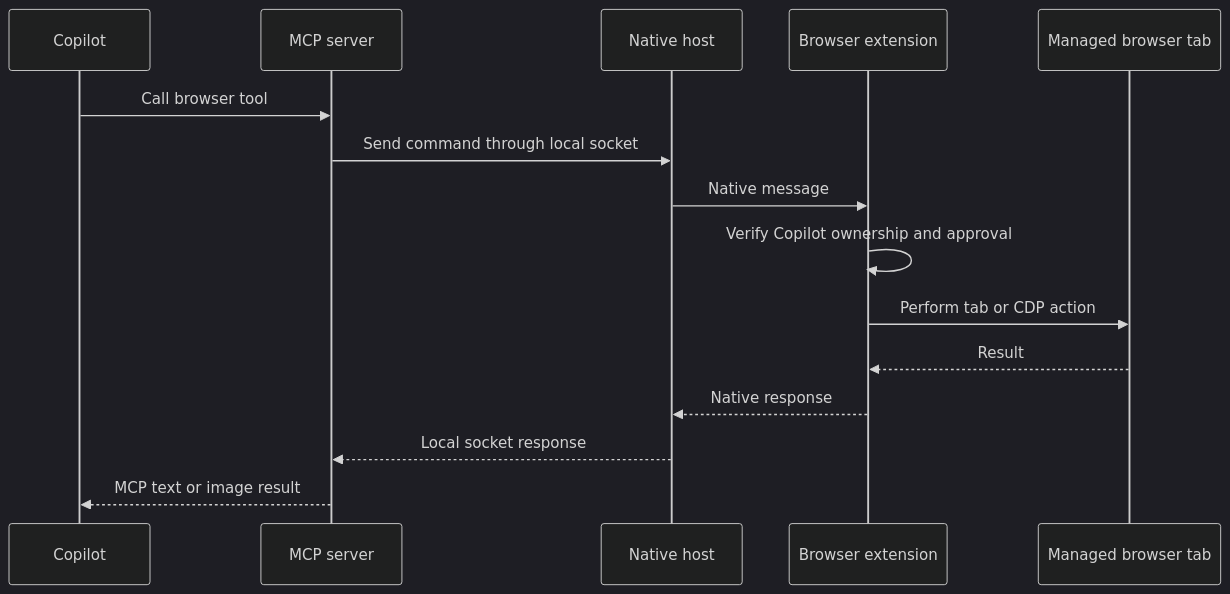
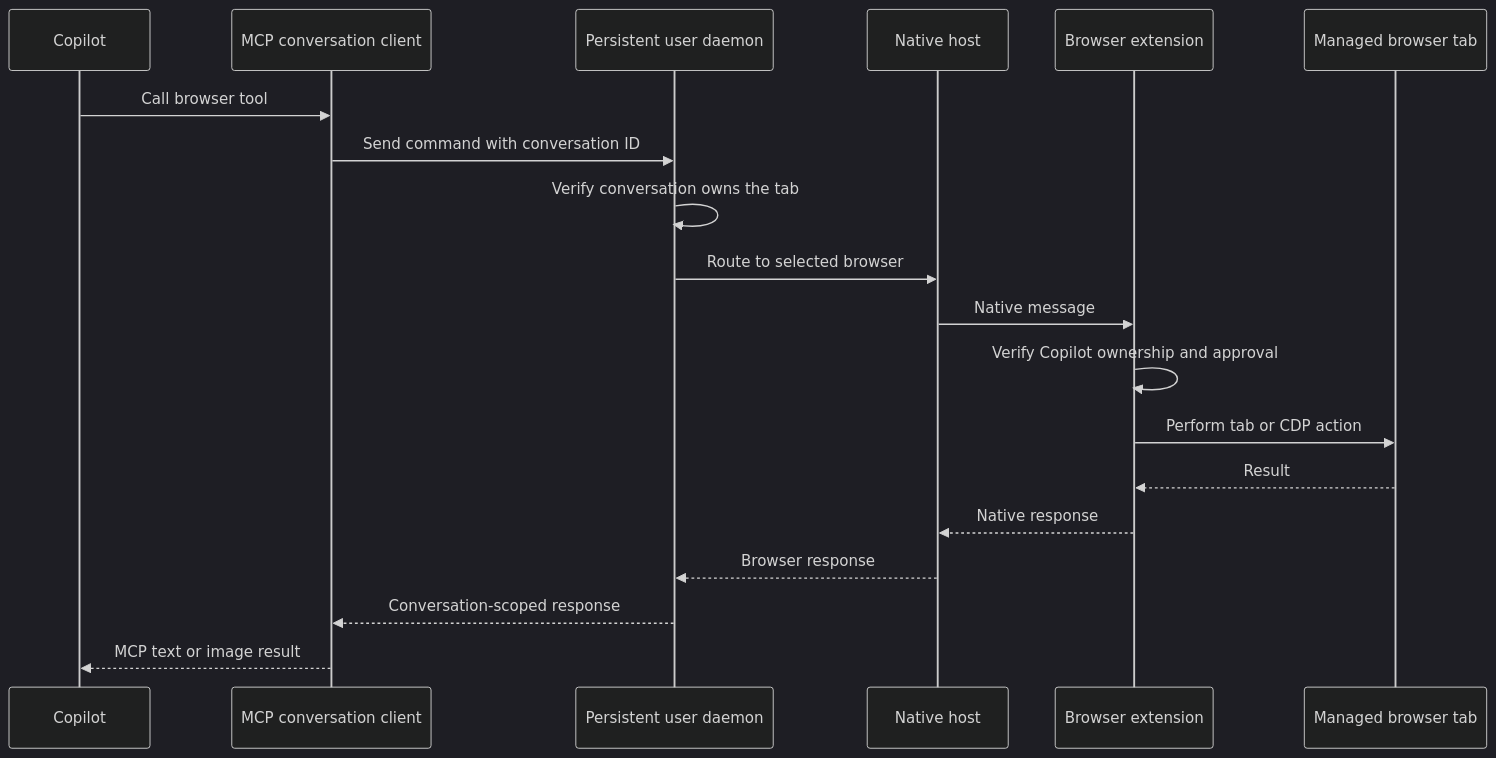
The second of 2 diagrams in README.md (AhmeeedMostafa/copilot-browser-interaction), drawn with Mermaid (dark theme) before and after one commit. The commit also changed other lines of this file and 17 other files, not shown here.

First line of the commit message:
feat: add persistent isolated browser sessions

````diff
--- a/README.md
+++ b/README.md
@@ -22,18 +39,22 @@
 ```mermaid
 sequenceDiagram
     participant C as Copilot
-    participant M as MCP server
+    participant M as MCP conversation client
+    participant D as Persistent user daemon
     participant H as Native host
     participant E as Browser extension
     participant B as Managed browser tab
 
     C->>M: Call browser tool
-    M->>H: Send command through local socket
+    M->>D: Send command with conversation ID
+    D->>D: Verify conversation owns the tab
+    D->>H: Route to selected browser
     H->>E: Native message
     E->>E: Verify Copilot ownership and approval
     E->>B: Perform tab or CDP action
     B-->>E: Result
     E-->>H: Native response
-    H-->>M: Local socket response
+    H-->>D: Browser response
+    D-->>M: Conversation-scoped response
     M-->>C: MCP text or image result
 ```
````
